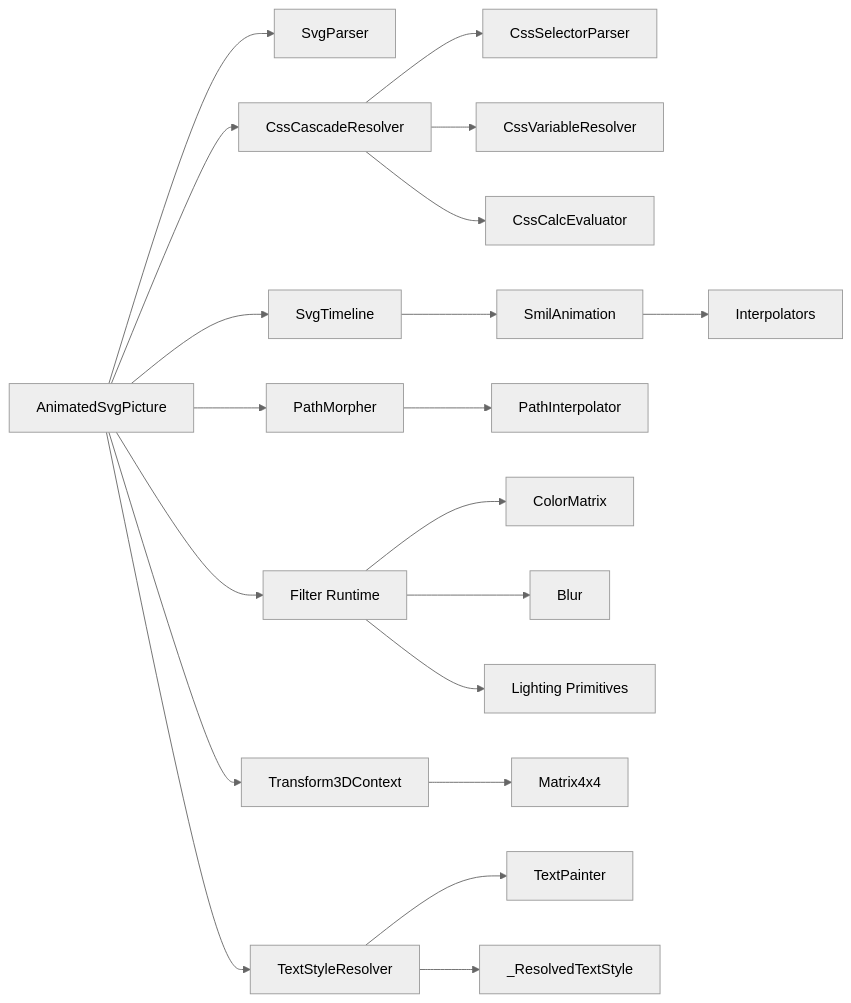
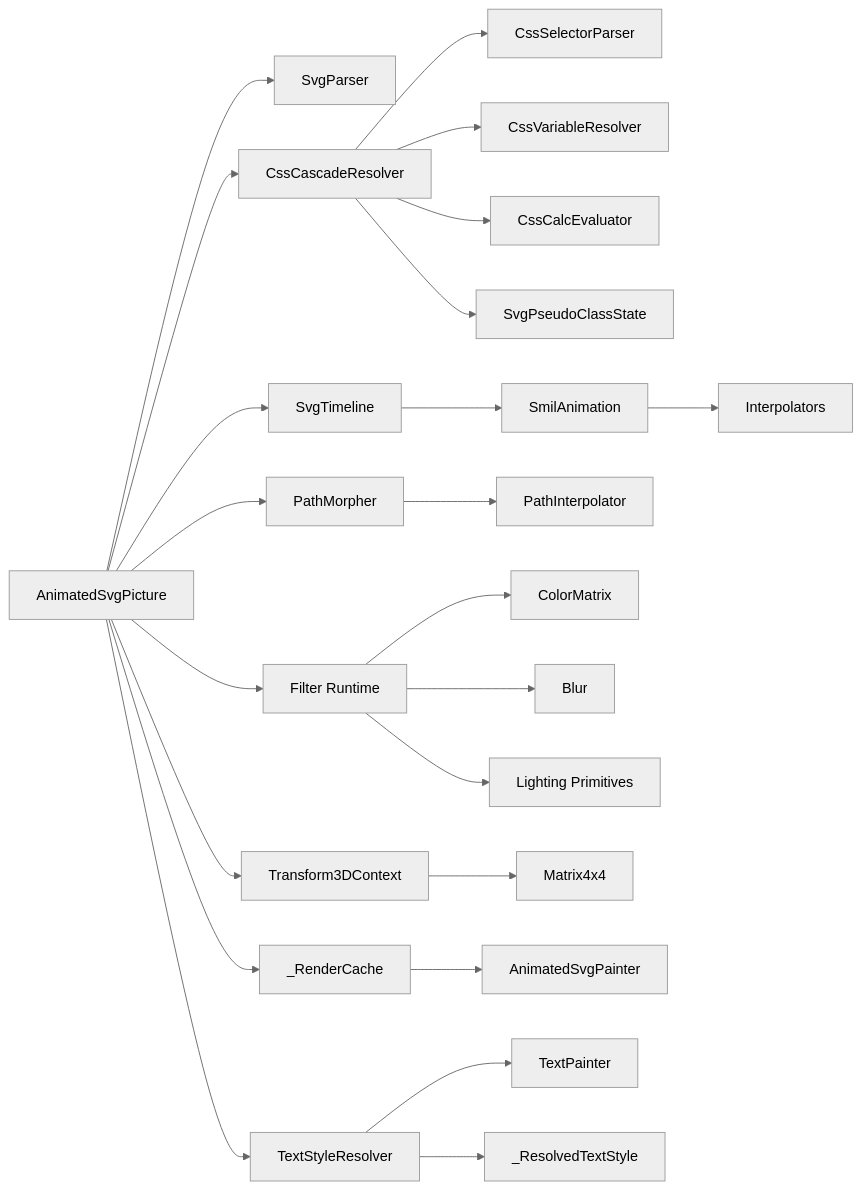
One commit to denisnadey/flutter_full_svg_support changed diagram 17 of 17 in .qoder/repowiki/en/content/Animated SVG Support/Advanced Animation Features/Advanced Animation Features.md. Above: the diagram before and after it, drawn with Mermaid (neutral theme). The commit also changed other lines of this file and 44 other files, not shown here.

````diff
--- a/.qoder/repowiki/en/content/Animated SVG Support/Advanced Animation Features/Advanced Animation Features.md
+++ b/.qoder/repowiki/en/content/Animated SVG Support/Advanced Animation Features/Advanced Animation Features.md
@@ -892,22 +1061,25 @@
 ```mermaid
 graph LR
 Picture["AnimatedSvgPicture"] --> Parser["SvgParser"]
 Picture --> Timeline["SvgTimeline"]
 Picture --> CssCascade["CssCascadeResolver"]
 CssCascade --> CssSelectors["CssSelectorParser"]
 CssCascade --> CssVars["CssVariableResolver"]
 CssCascade --> CssCalc["CssCalcEvaluator"]
+CssCascade --> PseudoState["SvgPseudoClassState"]
 Timeline --> Anim["SmilAnimation"]
 Anim --> Interp["Interpolators"]
 Picture --> Morph["PathMorpher"]
 Morph --> InterpPath["PathInterpolator"]
 Picture --> Filters["Filter Runtime"]
 Filters --> CM["ColorMatrix"]
 Filters --> Blur["Blur"]
 Filters --> Light["Lighting Primitives"]
 Picture --> Transform3D["Transform3DContext"]
 Transform3D --> Matrix4x4["Matrix4x4"]
+Picture --> RenderCache["_RenderCache"]
+RenderCache --> Painter["AnimatedSvgPainter"]
 Picture --> TextStyle["TextStyleResolver"]
 TextStyle --> TextPaint["TextPainter"]
 TextStyle --> ResolvedStyle["_ResolvedTextStyle"]
 ```
````
